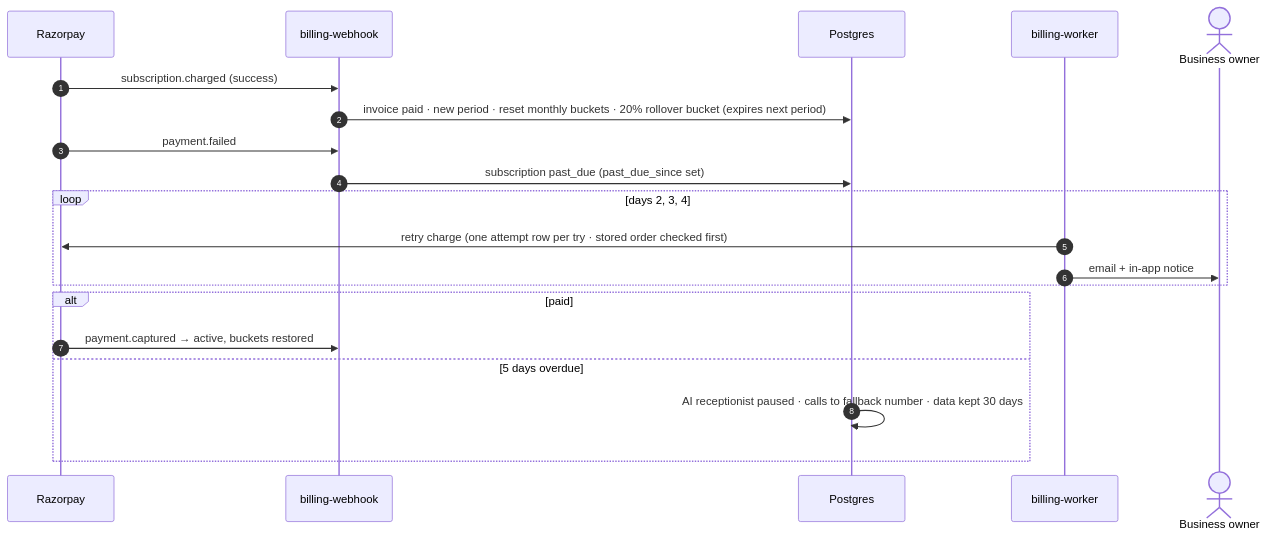
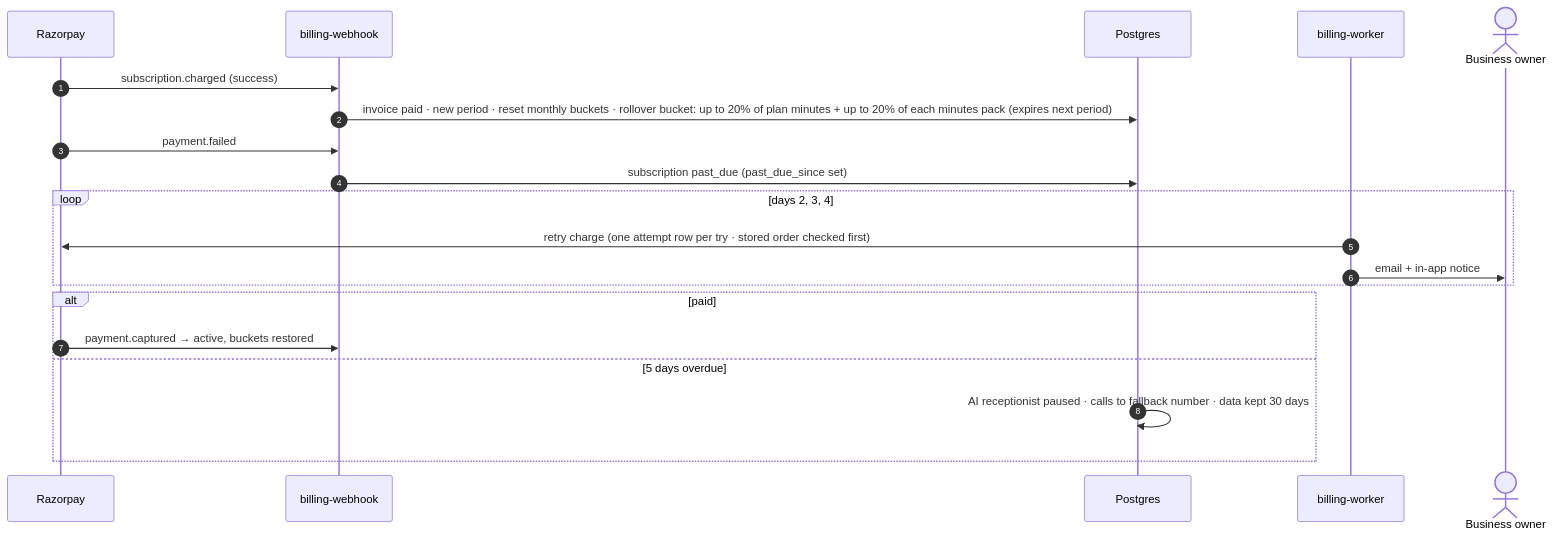
Before and after one commit to singhdhruv525-source/Zella-AI: the sixth of 16 diagrams in docs/PAYMENTS_ARCHITECTURE.md, drawn with Mermaid. The commit also changed other lines of this file and 3 other files, not shown here.

First line of the commit message:
Billing docs: monthly refresh and pack rollover (D-42)

````diff
--- a/docs/PAYMENTS_ARCHITECTURE.md
+++ b/docs/PAYMENTS_ARCHITECTURE.md
@@ -277,23 +277,23 @@
 ```mermaid
 sequenceDiagram
   autonumber
   participant RZ as Razorpay
   participant WH as billing-webhook
   participant DB as Postgres
   participant WK as billing-worker
   actor BO as Business owner
 
   RZ->>WH: subscription.charged (success)
-  WH->>DB: invoice paid · new period · reset monthly buckets · 20% rollover bucket (expires next period)
+  WH->>DB: invoice paid · new period · reset monthly buckets · rollover bucket: up to 20% of plan minutes + up to 20% of each minutes pack (expires next period)
   RZ->>WH: payment.failed
   WH->>DB: subscription past_due (past_due_since set)
   loop days 2, 3, 4
     WK->>RZ: retry charge (one attempt row per try · stored order checked first)
     WK->>BO: email + in-app notice
   end
   alt paid
     RZ->>WH: payment.captured → active, buckets restored
   else 5 days overdue
     DB->>DB: AI receptionist paused · calls to fallback number · data kept 30 days
   end
 ```
````
